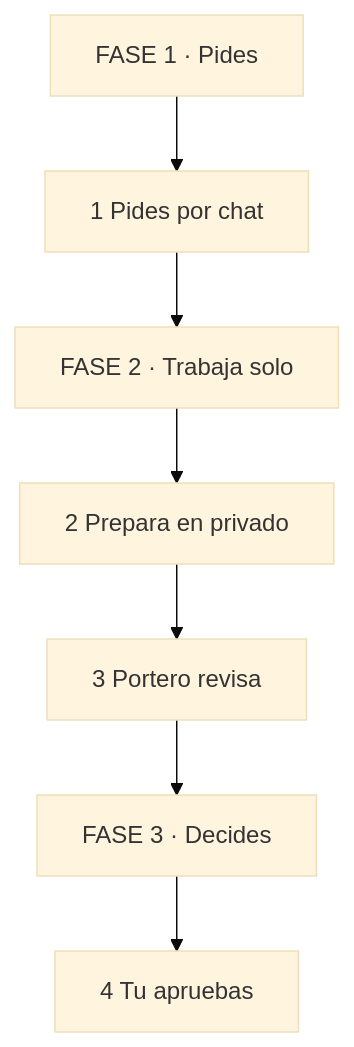
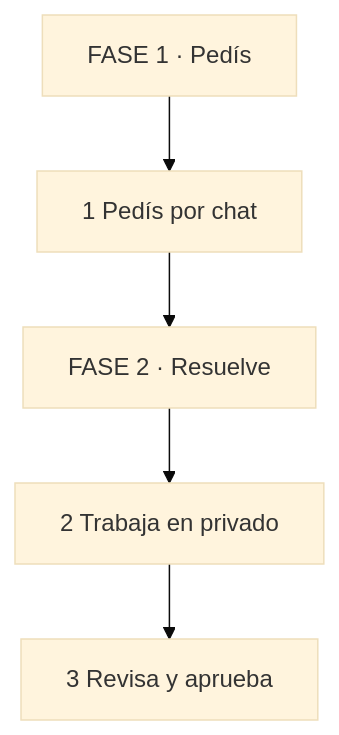
One commit to jeroroldan/jeronimo-blog changed the diagram in src/content/blog/skills/skill.md. Above: the diagram before and after it, drawn with Mermaid (base theme). The commit also changed other lines of this file and 1 other file, not shown here.

````diff
--- a/src/content/blog/skills/skill.md
+++ b/src/content/blog/skills/skill.md
@@ -1167,10 +141,6 @@
 ```mermaid
 flowchart TD
-    F1["FASE 1 · Pides"]
-    F1 --> A["1 Pides por chat"]
-    A --> F2["FASE 2 · Trabaja solo"]
-    F2 --> B["2 Prepara en privado"]
-    B --> C["3 Portero revisa"]
-    C --> F3["FASE 3 · Decides"]
-    F3 --> D["4 Tu apruebas"]
+    F1["FASE 1 · Pedís"] --> A["1 Pedís por chat"]
+    A --> F2["FASE 2 · Resuelve"] --> B["2 Trabaja en privado"]
+    B --> C["3 Revisa y aprueba"]
 ```
````
